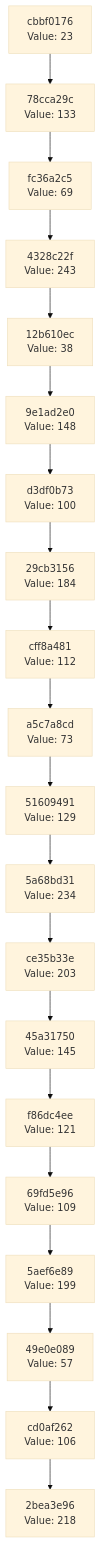
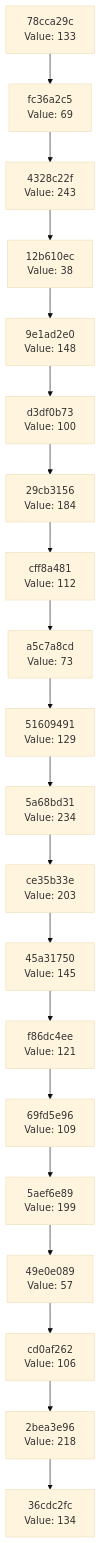
The diagram in docs/CHAIN_VISUALIZATION.md (Abhisheksinha1506/hash-chain-evolver), drawn with Mermaid (base theme) before and after one commit. The commit also changed 2 other files, not shown here.

Commit message:
Evolution Step

````diff
--- a/docs/CHAIN_VISUALIZATION.md
+++ b/docs/CHAIN_VISUALIZATION.md
@@ -3,42 +3,42 @@
 ```mermaid
 graph TD
-    C0["2bea3e96<br/>Value: 218"]
-    C1["cd0af262<br/>Value: 106"]
+    C0["36cdc2fc<br/>Value: 134"]
+    C1["2bea3e96<br/>Value: 218"]
     C1 --> C0
-    C2["49e0e089<br/>Value: 57"]
+    C2["cd0af262<br/>Value: 106"]
     C2 --> C1
-    C3["5aef6e89<br/>Value: 199"]
+    C3["49e0e089<br/>Value: 57"]
     C3 --> C2
-    C4["69fd5e96<br/>Value: 109"]
+    C4["5aef6e89<br/>Value: 199"]
     C4 --> C3
-    C5["f86dc4ee<br/>Value: 121"]
+    C5["69fd5e96<br/>Value: 109"]
     C5 --> C4
-    C6["45a31750<br/>Value: 145"]
+    C6["f86dc4ee<br/>Value: 121"]
     C6 --> C5
-    C7["ce35b33e<br/>Value: 203"]
+    C7["45a31750<br/>Value: 145"]
     C7 --> C6
-    C8["5a68bd31<br/>Value: 234"]
+    C8["ce35b33e<br/>Value: 203"]
     C8 --> C7
-    C9["51609491<br/>Value: 129"]
+    C9["5a68bd31<br/>Value: 234"]
     C9 --> C8
-    C10["a5c7a8cd<br/>Value: 73"]
+    C10["51609491<br/>Value: 129"]
     C10 --> C9
-    C11["cff8a481<br/>Value: 112"]
+    C11["a5c7a8cd<br/>Value: 73"]
     C11 --> C10
-    C12["29cb3156<br/>Value: 184"]
+    C12["cff8a481<br/>Value: 112"]
     C12 --> C11
-    C13["d3df0b73<br/>Value: 100"]
+    C13["29cb3156<br/>Value: 184"]
     C13 --> C12
-    C14["9e1ad2e0<br/>Value: 148"]
+    C14["d3df0b73<br/>Value: 100"]
     C14 --> C13
-    C15["12b610ec<br/>Value: 38"]
+    C15["9e1ad2e0<br/>Value: 148"]
     C15 --> C14
-    C16["4328c22f<br/>Value: 243"]
+    C16["12b610ec<br/>Value: 38"]
     C16 --> C15
-    C17["fc36a2c5<br/>Value: 69"]
+    C17["4328c22f<br/>Value: 243"]
     C17 --> C16
-    C18["78cca29c<br/>Value: 133"]
+    C18["fc36a2c5<br/>Value: 69"]
     C18 --> C17
-    C19["cbbf0176<br/>Value: 23"]
+    C19["78cca29c<br/>Value: 133"]
     C19 --> C18
 ```
````
